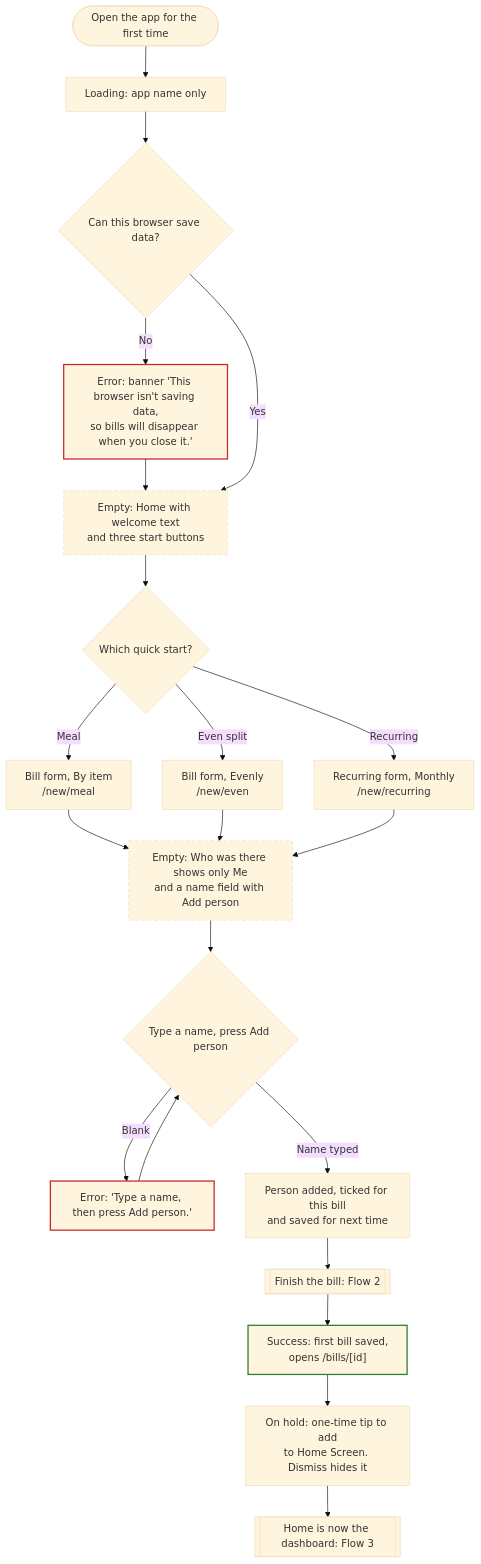
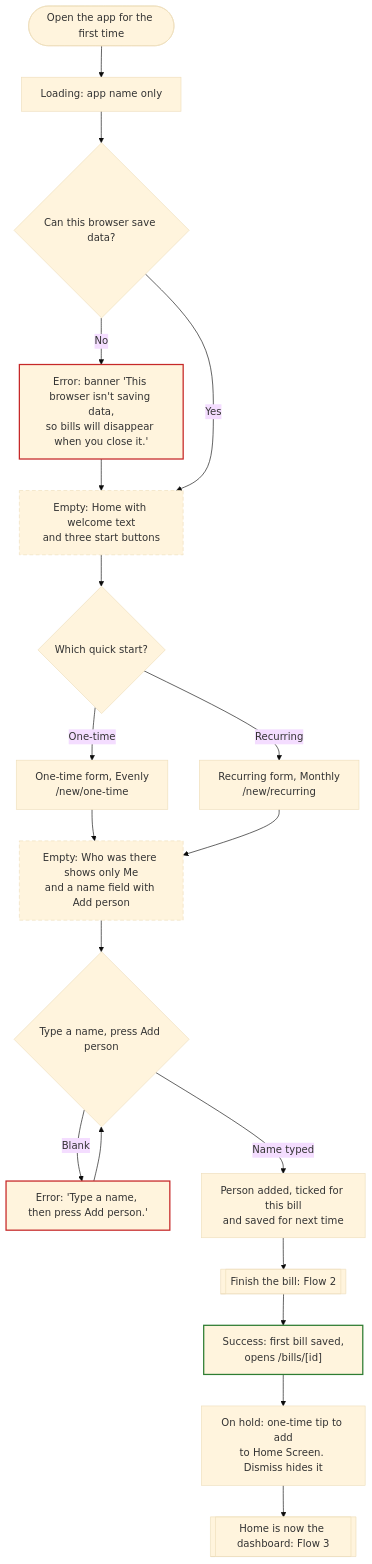
The first of 3 diagrams in README.md (quincyleung/bill-splitter), drawn with Mermaid (base theme) before and after one commit. The commit also changed other lines of this file and 11 other files, not shown here.

Commit message:
Require names, merge Meal and Even split into One-time, radio-style Who paid

````diff
--- a/README.md
+++ b/README.md
@@ -13,30 +13,28 @@
 ```mermaid
 flowchart TD
   start(["Open the app for the first time"]) --> loading["Loading: app name only"]
   loading --> canSave{"Can this browser save data?"}
   canSave -->|No| errStorage["Error: banner 'This browser isn't saving data,<br/>so bills will disappear when you close it.'"]
   errStorage --> welcome
   canSave -->|Yes| welcome["Empty: Home with welcome text<br/>and three start buttons"]
   welcome --> mode{"Which quick start?"}
-  mode -->|Meal| meal["Bill form, By item<br/>/new/meal"]
-  mode -->|Even split| even["Bill form, Evenly<br/>/new/even"]
+  mode -->|One-time| once["One-time form, Evenly<br/>/new/one-time"]
   mode -->|Recurring| rec["Recurring form, Monthly<br/>/new/recurring"]
-  meal --> noPeople
-  even --> noPeople
+  once --> noPeople
   rec --> noPeople
   noPeople["Empty: Who was there shows only Me<br/>and a name field with Add person"] --> addName{"Type a name, press Add person"}
   addName -->|Blank| errName["Error: 'Type a name, then press Add person.'"]
   errName --> addName
   addName -->|Name typed| savedPerson["Person added, ticked for this bill<br/>and saved for next time"]
   savedPerson --> mainTask[["Finish the bill: Flow 2"]]
   mainTask --> firstBill["Success: first bill saved,<br/>opens /bills/[id]"]
   firstBill --> homeTip["On hold: one-time tip to add<br/>to Home Screen. Dismiss hides it"]
   homeTip --> dashboard[["Home is now the dashboard: Flow 3"]]
 
   classDef error stroke:#c62828,stroke-width:2px
   classDef empty stroke-dasharray:6 4
   classDef success stroke:#2e7d32,stroke-width:2px
   class errStorage,errName error
   class welcome,noPeople empty
   class firstBill success
 ```
````
